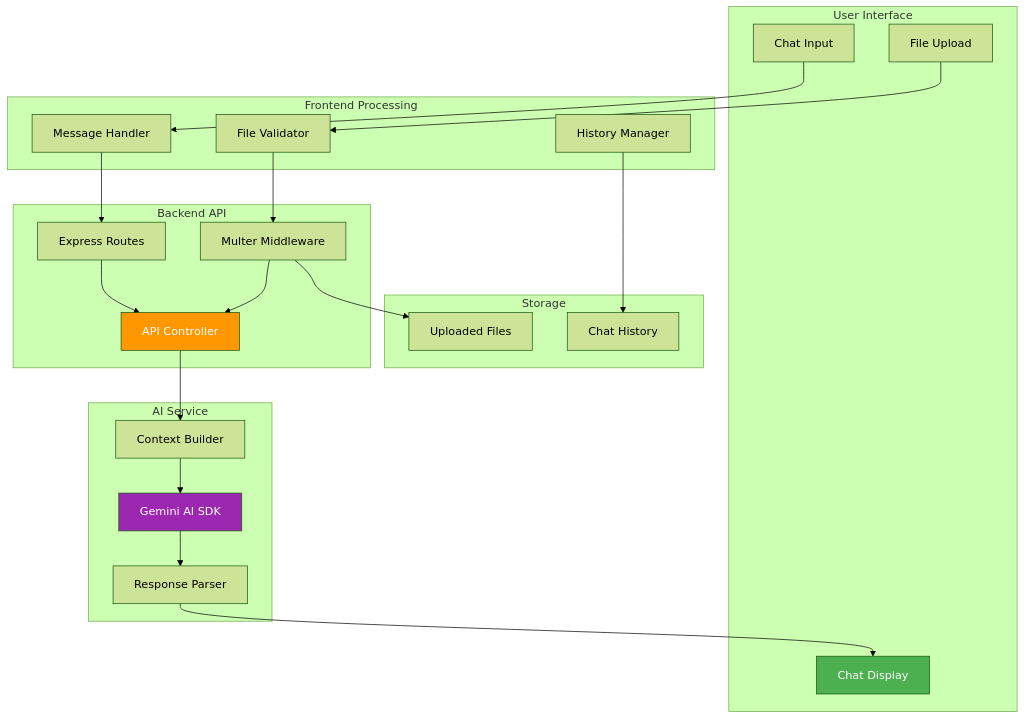
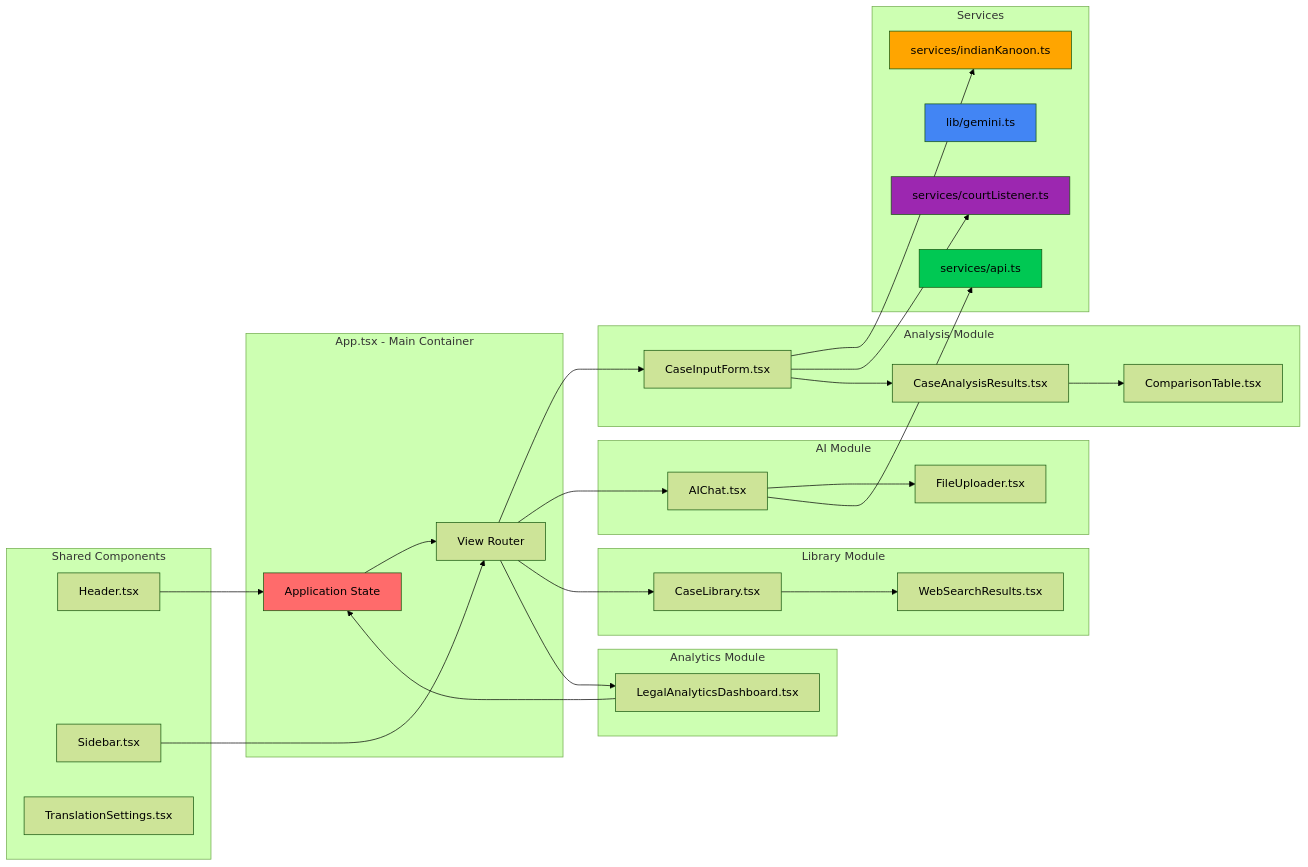
Before and after one commit to quantumNexus0/ai_legal_ecosystem: the fourth of 5 diagrams in README.md, drawn with Mermaid (forest theme). The commit also changed other lines of this file, not shown here.

First line of the commit message:
Revamp README for AI Legal Ecosystem

````diff
--- a/README.md
+++ b/README.md
@@ -331,48 +398,68 @@
 ```mermaid
-graph TB
-    subgraph "User Interface"
-        A[Chat Input]
-        B[File Upload]
-        C[Chat Display]
+graph LR
+    subgraph "App.tsx - Main Container"
+        AppState[Application State]
+        ViewRouter[View Router]
     end
     
-    subgraph "Frontend Processing"
-        D[Message Handler]
-        E[File Validator]
-        F[History Manager]
+    subgraph "Analysis Module"
+        CaseInputForm[CaseInputForm.tsx]
+        CaseAnalysisResults[CaseAnalysisResults.tsx]
+        ComparisonTable[ComparisonTable.tsx]
     end
     
-    subgraph "Backend API"
-        G[Express Routes]
-        H[Multer Middleware]
-        I[API Controller]
+    subgraph "AI Module"
+        AIChat[AIChat.tsx]
+        FileUploader[FileUploader.tsx]
     end
     
-    subgraph "AI Service"
-        J[Gemini AI SDK]
-        K[Context Builder]
-        L[Response Parser]
+    subgraph "Library Module"
+        CaseLibrary[CaseLibrary.tsx]
+        WebSearchResults[WebSearchResults.tsx]
     end
     
-    subgraph "Storage"
-        M[Chat History]
-        N[Uploaded Files]
+    subgraph "Analytics Module"
+        LegalAnalyticsDashboard[LegalAnalyticsDashboard.tsx]
     end
     
-    A --> D
-    B --> E
-    D --> G
-    E --> H
-    G --> I
-    H --> I
-    I --> K
-    K --> J
-    J --> L
-    L --> C
-    F --> M
-    H --> N
+    subgraph "Shared Components"
+        Header[Header.tsx]
+        Sidebar[Sidebar.tsx]
+        TranslationSettings[TranslationSettings.tsx]
+    end
     
-    style J fill:#9c27b0,color:#fff
-    style I fill:#ff9800,color:#fff
-    style C fill:#4caf50,color:#fff
+    subgraph "Services"
+        LocalAPIService[services/api.ts]
+        GeminiService[lib/gemini.ts]
+        IndianKanoonService[services/indianKanoon.ts]
+        CourtListenerService[services/courtListener.ts]
+    end
+    
+    AppState --> ViewRouter
+    ViewRouter --> CaseInputForm
+    ViewRouter --> AIChat
+    ViewRouter --> CaseLibrary
+    ViewRouter --> LegalAnalyticsDashboard
+    
+    Header --> AppState
+    Sidebar --> ViewRouter
+    
+    CaseInputForm --> IndianKanoonService
+    CaseInputForm --> CourtListenerService
+    CaseInputForm --> CaseAnalysisResults
+    
+    CaseAnalysisResults --> ComparisonTable
+    
+    AIChat --> FileUploader
+    AIChat --> LocalAPIService
+    
+    CaseLibrary --> WebSearchResults
+    
+    LegalAnalyticsDashboard --> AppState
+    
+    style AppState fill:#FF6B6B
+    style LocalAPIService fill:#00C853
+    style GeminiService fill:#4285F4
+    style IndianKanoonService fill:#FFA500
+    style CourtListenerService fill:#9C27B0
 ```
````
